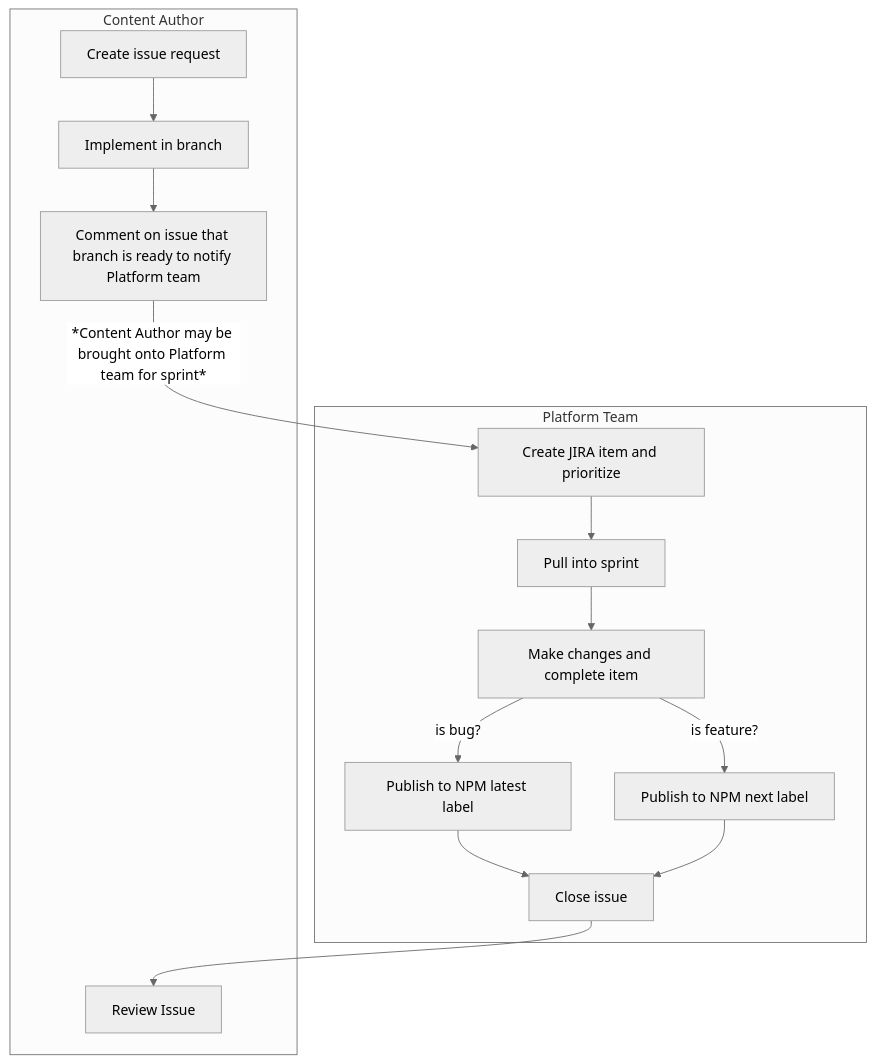
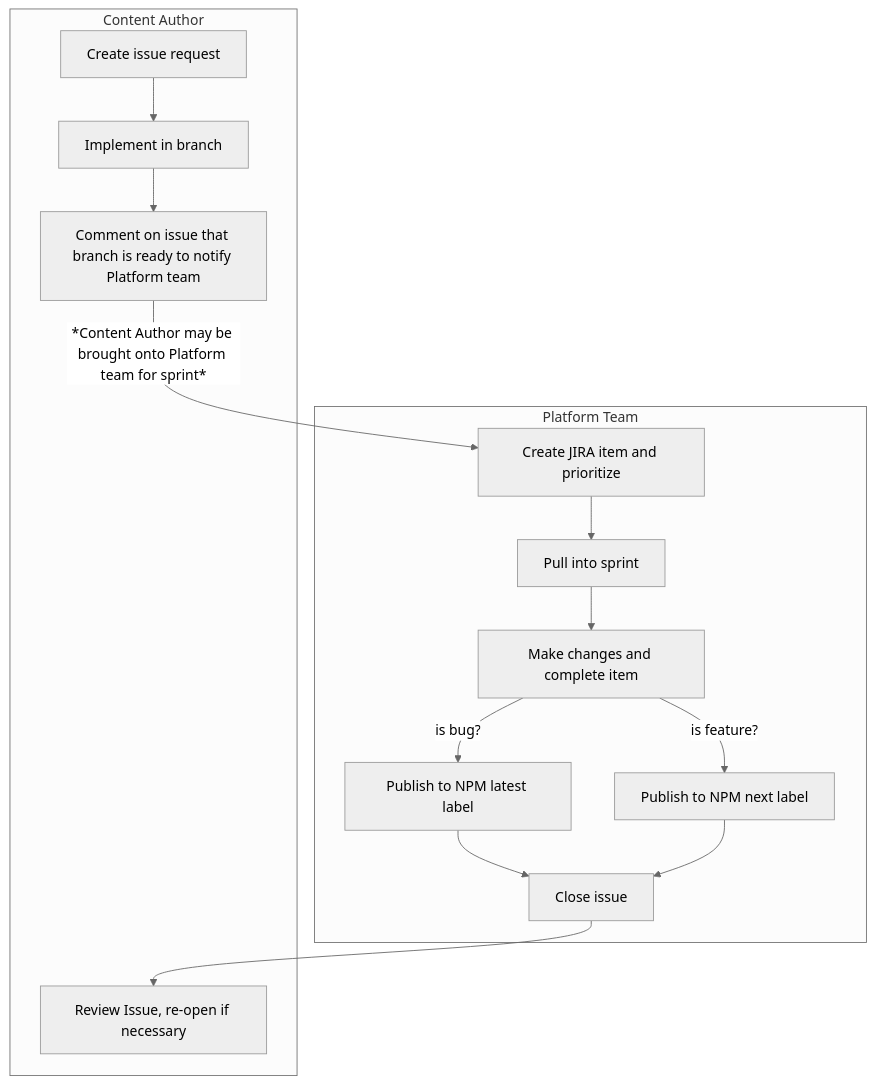
The diagram in contributing.md (GovAlta/ui-components), drawn with Mermaid (neutral theme) before and after one commit.

````diff
--- a/contributing.md
+++ b/contributing.md
@@ -9,20 +9,20 @@
 ```mermaid
 graph TD
 subgraph Content Author
 	1[Create issue request] --> 2[Implement in branch]
 	2 --> 3[Comment on issue that branch is ready to notify Platform team]
-  4[Review Issue]
+  4[Review Issue, re-open if necessary]
 end
 subgraph Platform Team
 3 --> |*Content Author may be brought onto Platform team for sprint*| A
 A[Create JIRA item and prioritize] --> B[Pull into sprint]
 B --> C[Make changes and complete item]
 C --> |is feature?| D[Publish to NPM next label]
 C --> |is bug?| E[Publish to NPM latest label]
 E --> F[Close issue]
 D --> F
 F --> 4
 end
 
 
 ```
````
